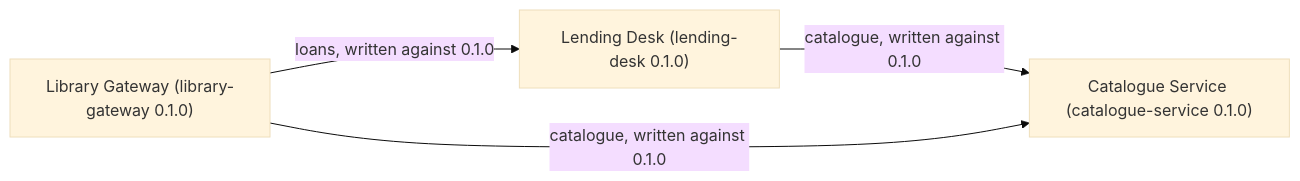
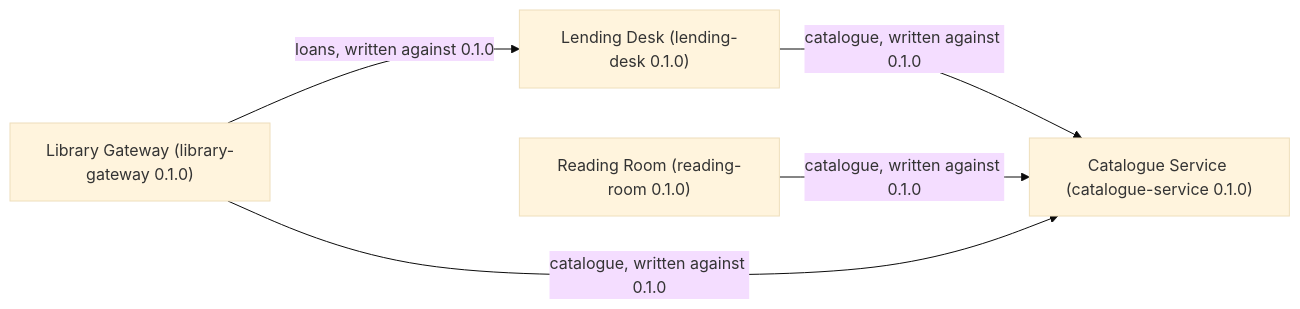
Before and after one commit to SpecArch/specarch: the diagram in examples/estate/docs/estate.md, drawn with Mermaid (base theme). The commit also changed other lines of this file and 162 other files, not shown here.

````diff
--- a/examples/estate/docs/estate.md
+++ b/examples/estate/docs/estate.md
@@ -24,9 +27,11 @@
 ```mermaid
 flowchart LR
   lending_desk["Lending Desk (lending-desk 0.1.0)"]
   catalogue_service["Catalogue Service (catalogue-service 0.1.0)"]
+  reading_room["Reading Room (reading-room 0.1.0)"]
   library_gateway["Library Gateway (library-gateway 0.1.0)"]
   lending_desk -->|"catalogue, written against 0.1.0"| catalogue_service
+  reading_room -->|"catalogue, written against 0.1.0"| catalogue_service
   library_gateway -->|"loans, written against 0.1.0"| lending_desk
   library_gateway -->|"catalogue, written against 0.1.0"| catalogue_service
 ```
````
